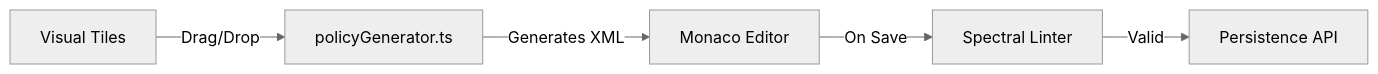
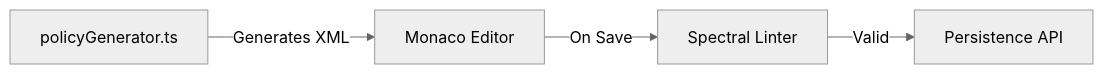
One commit to alagusundarams/swagger-scorer changed the second of 3 diagrams in docs/architecture_overview.md. Above: the diagram before and after it, drawn with Mermaid (neutral theme). The commit also changed other lines of this file and 24 other files, not shown here.

First line of the commit message:
docs: complete overhaul of documentation architecture and backlog

````diff
--- a/docs/architecture_overview.md
+++ b/docs/architecture_overview.md
@@ -124,7 +124,6 @@
 ```mermaid
 flowchart LR
-    Visual["Visual Tiles"] -- Drag/Drop --> Generator["policyGenerator.ts"]
-    Generator -- Generates XML --> XML["Monaco Editor"]
+    Generator["policyGenerator.ts"] -- Generates XML --> XML["Monaco Editor"]
     XML -- On Save --> Analyzer["Spectral Linter"]
     Analyzer -- Valid --> Backend["Persistence API"]
 ```
````
